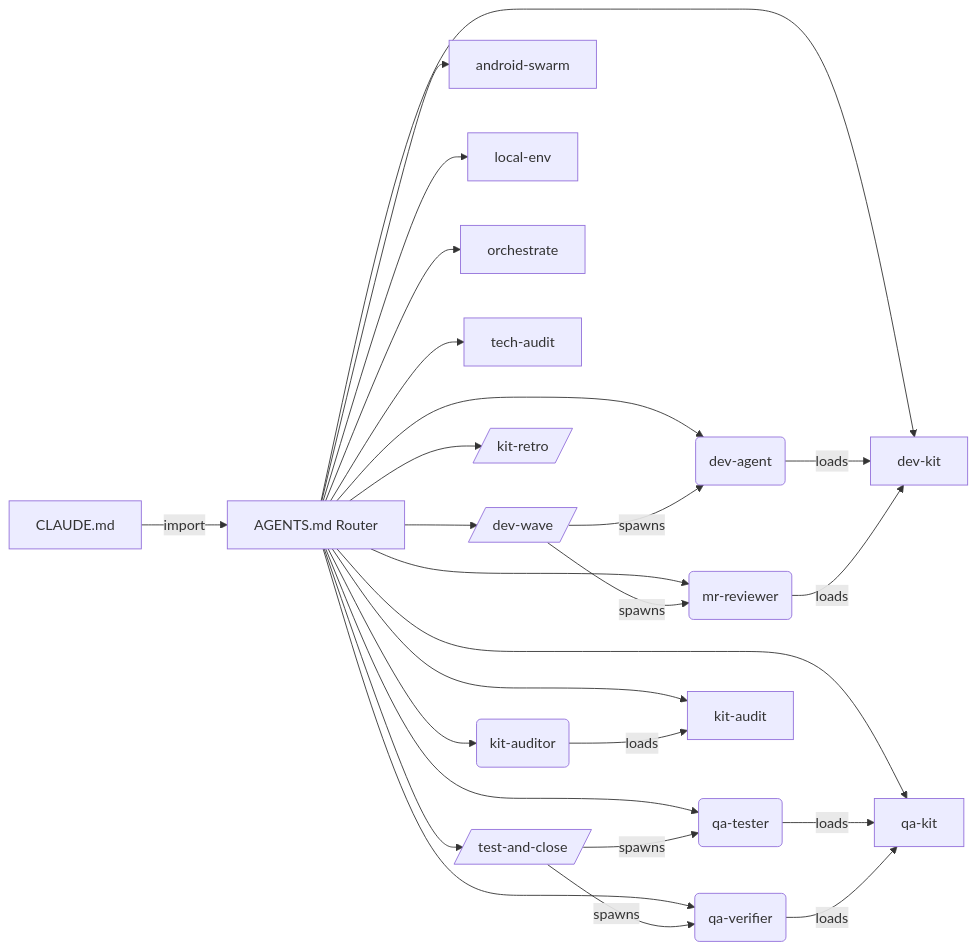
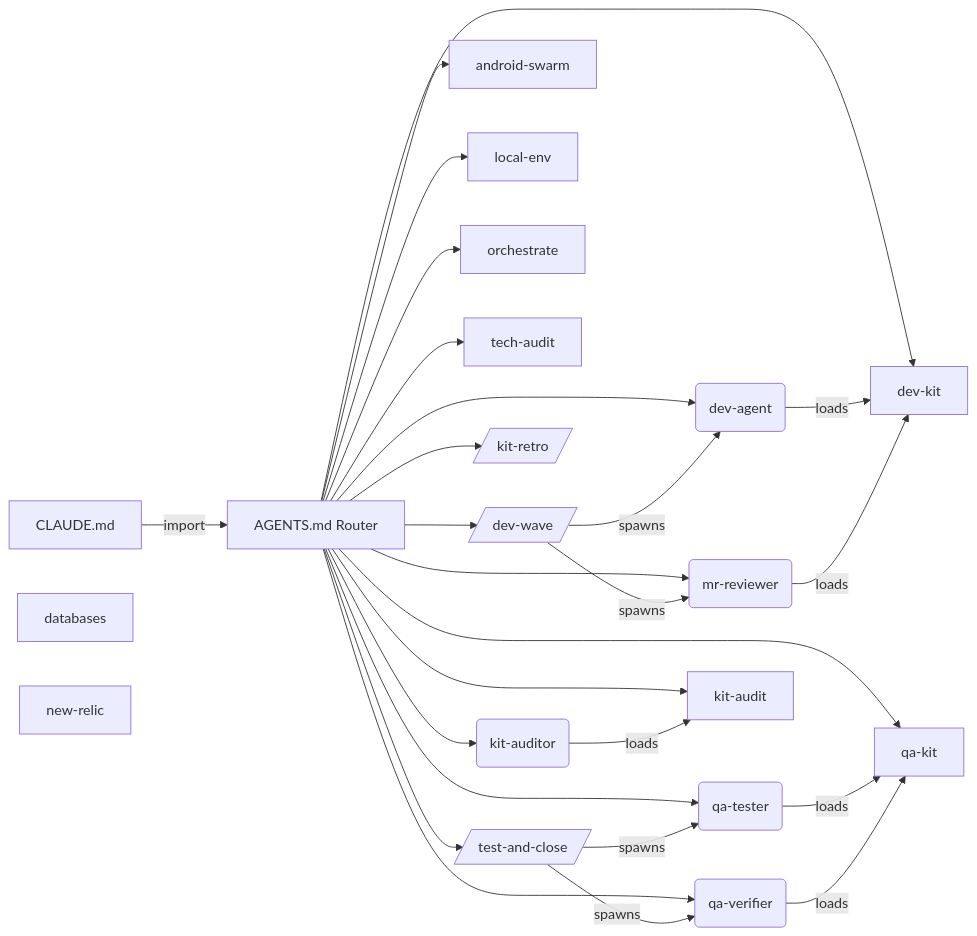
Before and after one commit to prskid1000/claude-crew: the first of 14 diagrams in README.md, drawn with Mermaid. The commit also changed other lines of this file, not shown here.

Commit message:
chore(kit): regenerate README graph sections and ports after the migration

````diff
--- a/README.md
+++ b/README.md
@@ -73,43 +73,45 @@
 ```mermaid
 flowchart LR
   CLAUDE_md[CLAUDE.md] -->|import| AGENTS_md[AGENTS.md Router]
   agents_dev_agent_md(dev-agent)
   agents_kit_auditor_md(kit-auditor)
   agents_mr_reviewer_md(mr-reviewer)
   agents_qa_tester_md(qa-tester)
   agents_qa_verifier_md(qa-verifier)
   skills_android_swarm_SKILL_md[android-swarm]
+  skills_databases_SKILL_md[databases]
   skills_dev_kit_SKILL_md[dev-kit]
   skills_kit_audit_SKILL_md[kit-audit]
   skills_local_env_SKILL_md[local-env]
+  skills_new_relic_SKILL_md[new-relic]
   skills_orchestrate_SKILL_md[orchestrate]
   skills_qa_kit_SKILL_md[qa-kit]
   skills_tech_audit_SKILL_md[tech-audit]
   workflows_dev_wave_js[/dev-wave/]
   workflows_kit_retro_js[/kit-retro/]
   workflows_test_and_close_js[/test-and-close/]
   AGENTS_md --> agents_dev_agent_md
   AGENTS_md --> agents_kit_auditor_md
   AGENTS_md --> agents_mr_reviewer_md
   AGENTS_md --> agents_qa_tester_md
   AGENTS_md --> agents_qa_verifier_md
   AGENTS_md --> skills_android_swarm_SKILL_md
   AGENTS_md --> skills_dev_kit_SKILL_md
   AGENTS_md --> skills_kit_audit_SKILL_md
   AGENTS_md --> skills_local_env_SKILL_md
   AGENTS_md --> skills_orchestrate_SKILL_md
   AGENTS_md --> skills_qa_kit_SKILL_md
   AGENTS_md --> skills_tech_audit_SKILL_md
   AGENTS_md --> workflows_dev_wave_js
   AGENTS_md --> workflows_kit_retro_js
   AGENTS_md --> workflows_test_and_close_js
   workflows_dev_wave_js -->|spawns| agents_dev_agent_md
   workflows_dev_wave_js -->|spawns| agents_mr_reviewer_md
   workflows_test_and_close_js -->|spawns| agents_qa_tester_md
   workflows_test_and_close_js -->|spawns| agents_qa_verifier_md
   agents_dev_agent_md -->|loads| skills_dev_kit_SKILL_md
   agents_kit_auditor_md -->|loads| skills_kit_audit_SKILL_md
   agents_mr_reviewer_md -->|loads| skills_dev_kit_SKILL_md
   agents_qa_tester_md -->|loads| skills_qa_kit_SKILL_md
   agents_qa_verifier_md -->|loads| skills_qa_kit_SKILL_md
 ```
````
